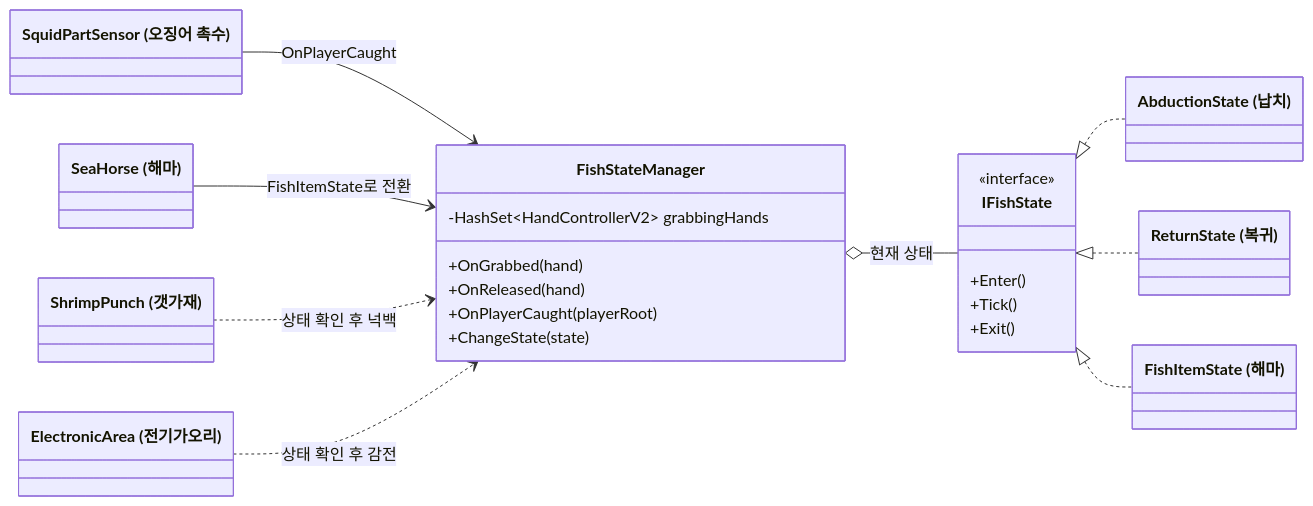
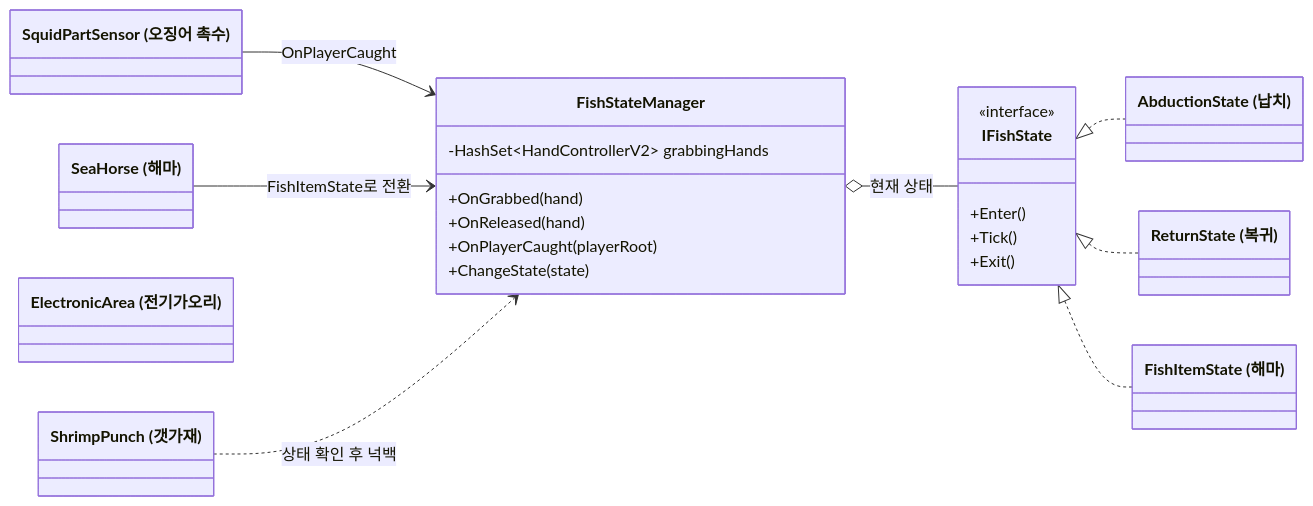
The second of 3 diagrams in src/02-WeGotOne/기술문서.md (tmdrn17/portfolio), drawn with Mermaid before and after one commit. The commit also changed other lines of this file and 18 other files, not shown here.

````diff
--- a/src/02-WeGotOne/기술문서.md
+++ b/src/02-WeGotOne/기술문서.md
@@ -61,32 +68,31 @@
 ```mermaid
 classDiagram
   direction LR
   class IFishState {
     <<interface>>
     +Enter()
     +Tick()
     +Exit()
   }
   class FishStateManager {
     -HashSet~HandControllerV2~ grabbingHands
     +OnGrabbed(hand)
     +OnReleased(hand)
     +OnPlayerCaught(playerRoot)
     +ChangeState(state)
   }
   class AbductionState["AbductionState (납치)"]
   class ReturnState["ReturnState (복귀)"]
   class FishItemState["FishItemState (해마)"]
   class SquidPartSensor["SquidPartSensor (오징어 촉수)"]
   class ShrimpPunch["ShrimpPunch (갯가재)"]
   class ElectronicArea["ElectronicArea (전기가오리)"]
   class SeaHorse["SeaHorse (해마)"]
   IFishState <|.. AbductionState
   IFishState <|.. ReturnState
   IFishState <|.. FishItemState
   FishStateManager o-- IFishState : 현재 상태
   SquidPartSensor --> FishStateManager : OnPlayerCaught
   SeaHorse --> FishStateManager : FishItemState로 전환
   ShrimpPunch ..> FishStateManager : 상태 확인 후 넉백
-  ElectronicArea ..> FishStateManager : 상태 확인 후 감전
 ```
````
